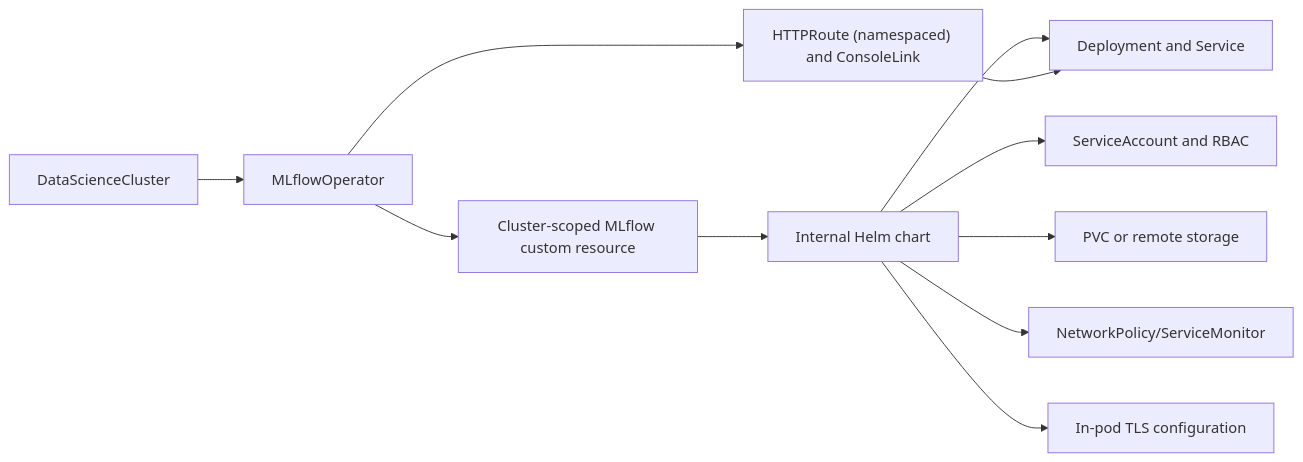
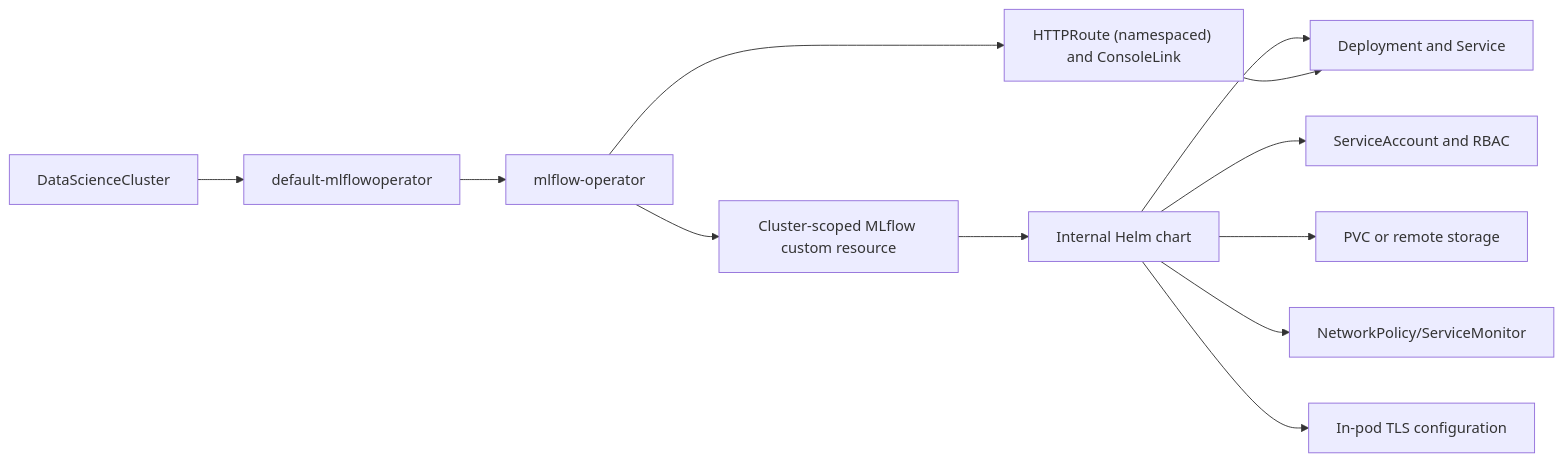
Before and after one commit to opendatahub-io/mlflow-operator: the diagram in ARCHITECTURE.md, drawn with Mermaid. The commit also changed other lines of this file and 37 other files, not shown here.

First line of the commit message:
Add MLflowOperator module controller handoff.

````diff
--- a/ARCHITECTURE.md
+++ b/ARCHITECTURE.md
@@ -28,15 +31,16 @@
 ```mermaid
 flowchart LR
-  dsc[DataScienceCluster] --> operator[MLflowOperator]
+  dsc[DataScienceCluster] --> moduleCr["default-mlflowoperator"]
+  moduleCr --> operator[mlflow-operator]
   operator --> mlflowCr["Cluster-scoped MLflow custom resource"]
   mlflowCr --> chart["Internal Helm chart"]
 
   chart --> deploy["Deployment and Service"]
   chart --> access["ServiceAccount and RBAC"]
   chart --> storage["PVC or remote storage"]
   chart --> policy["NetworkPolicy/ServiceMonitor"]
   chart --> tls["In-pod TLS configuration"]
 
   operator --> route["HTTPRoute (namespaced) and ConsoleLink"]
   route --> deploy
 ```
````
